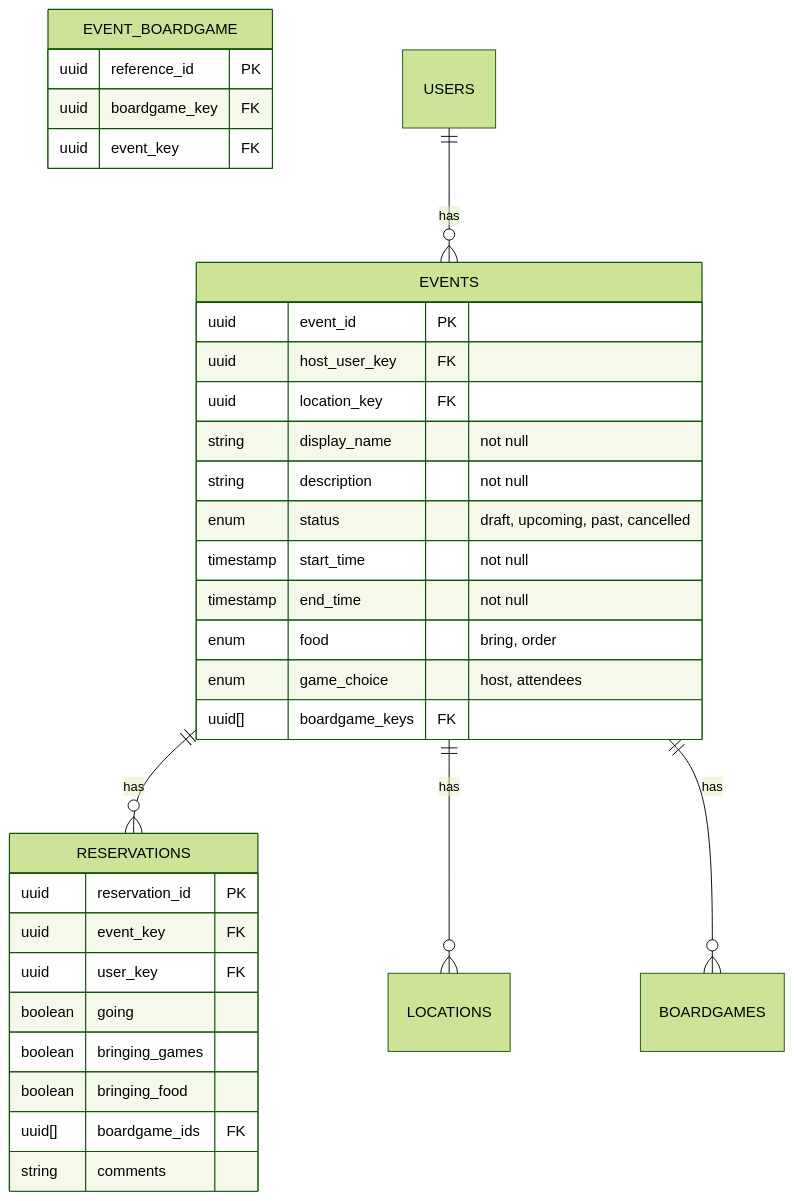
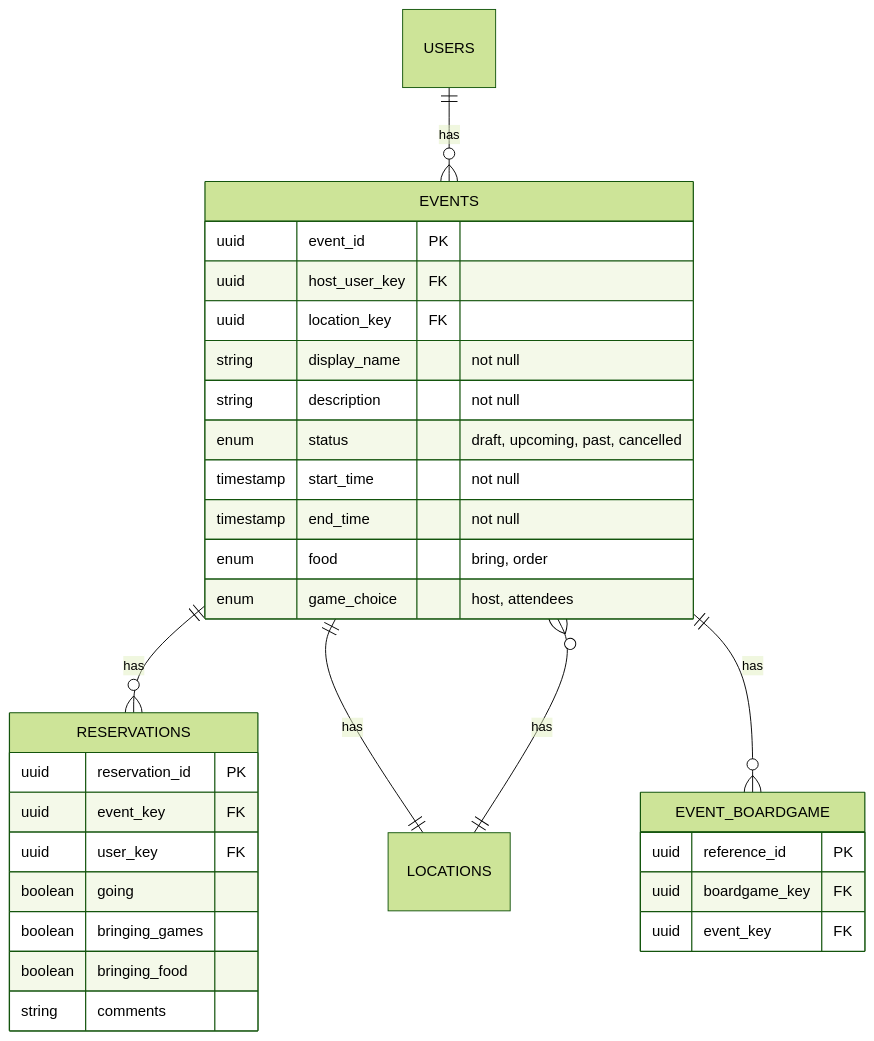
One commit to game-night-dot-gay/game-night changed the diagram in documentation/design/EVENT_MANAGEMENT.md. Above: the diagram before and after it, drawn with Mermaid (forest theme).

Commit message:
Update relationships

````diff
--- a/documentation/design/EVENT_MANAGEMENT.md
+++ b/documentation/design/EVENT_MANAGEMENT.md
@@ -23,35 +23,35 @@
 ```mermaid
 erDiagram
     EVENTS {
         uuid event_id PK
         uuid host_user_key FK
         uuid location_key FK
         string display_name "not null"
         string description "not null"
         enum status "draft, upcoming, past, cancelled"
         timestamp start_time "not null"
         timestamp end_time "not null"
         enum food "bring, order"
         enum game_choice "host, attendees"
-        uuid[] boardgame_keys FK
     }
     EVENT_BOARDGAME{
         uuid reference_id PK
         uuid boardgame_key FK
         uuid event_key FK
     }
     RESERVATIONS {
         uuid reservation_id PK
         uuid event_key FK
         uuid user_key FK
         boolean going
         boolean bringing_games
         boolean bringing_food
-        uuid[] boardgame_ids FK
         string comments
     }
-    USERS  ||--o{ EVENTS : has
-    EVENTS ||--o{ RESERVATIONS : has
-    EVENTS ||--o{ LOCATIONS : has
-    EVENTS ||--o{ BOARDGAMES : has
+
+    USERS     ||--o{ EVENTS : has
+    EVENTS    ||--o{ RESERVATIONS : has
+    EVENTS    ||--|| LOCATIONS : has
+    LOCATIONS ||--o{ EVENTS : has
+    EVENTS    ||--o{ EVENT_BOARDGAME : has
 ```
````
